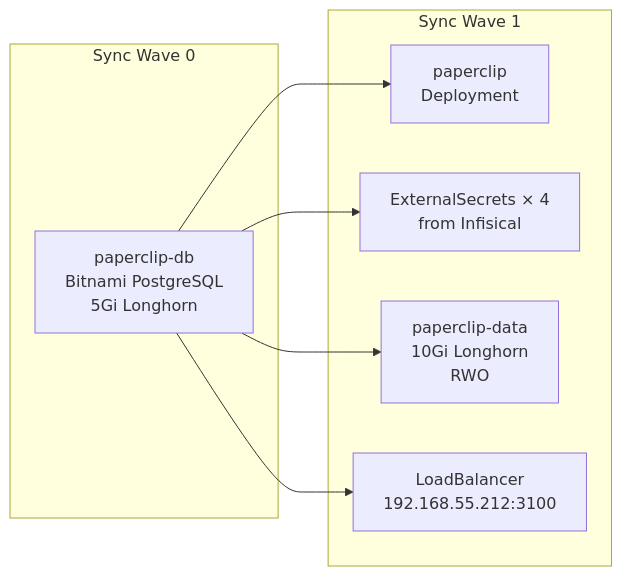
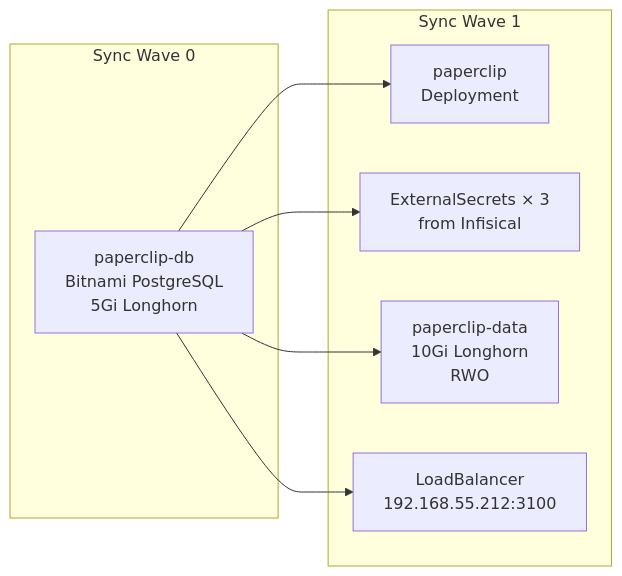
Before and after one commit to derio-net/frank: the second of 3 diagrams in blog/content/docs/building/15-paperclip/index.md, drawn with Mermaid. The commit also changed other lines of this file and 46 other files, not shown here.

````diff
--- a/blog/content/docs/building/15-paperclip/index.md
+++ b/blog/content/docs/building/15-paperclip/index.md
@@ -50,17 +46,17 @@
 ```mermaid
 flowchart LR
   subgraph Wave0[Sync Wave 0]
     DB[paperclip-db<br/>Bitnami PostgreSQL<br/>5Gi Longhorn]
   end
   subgraph Wave1[Sync Wave 1]
     P[paperclip<br/>Deployment]
-    ES[ExternalSecrets × 4<br/>from Infisical]
+    ES[ExternalSecrets × 3<br/>from Infisical]
     PVC[paperclip-data<br/>10Gi Longhorn<br/>RWO]
     LB[LoadBalancer<br/>192.168.55.212:3100]
   end
 
   DB --> P
   DB --> ES
   DB --> PVC
   DB --> LB
 ```
````
